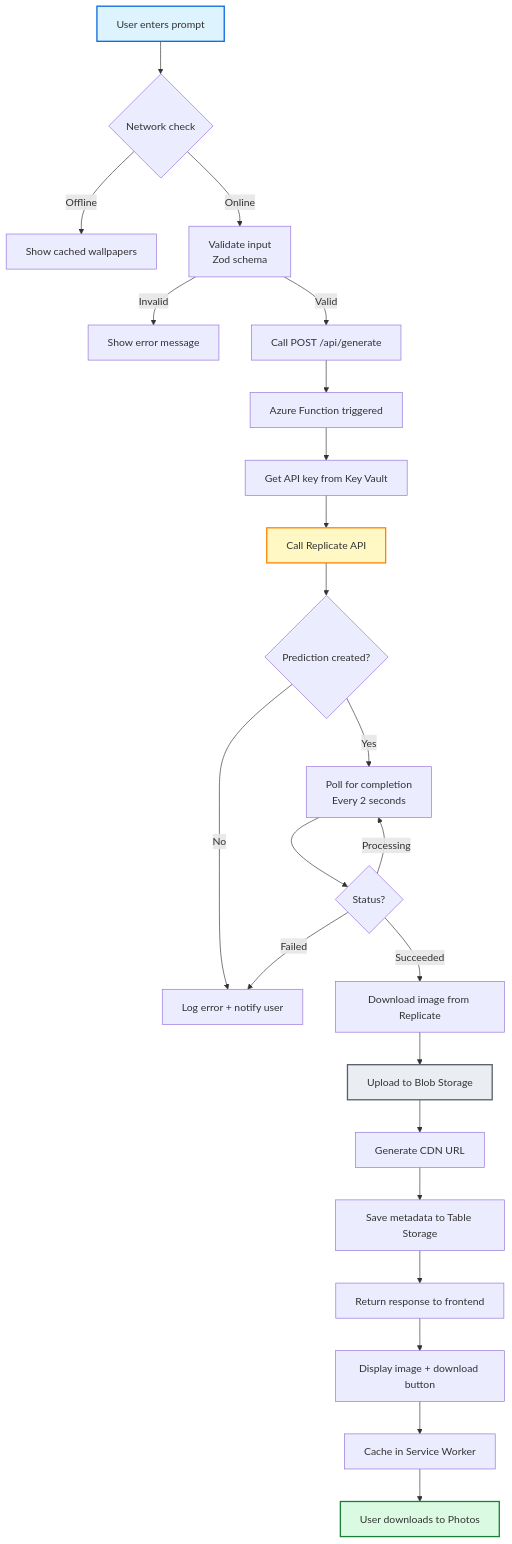
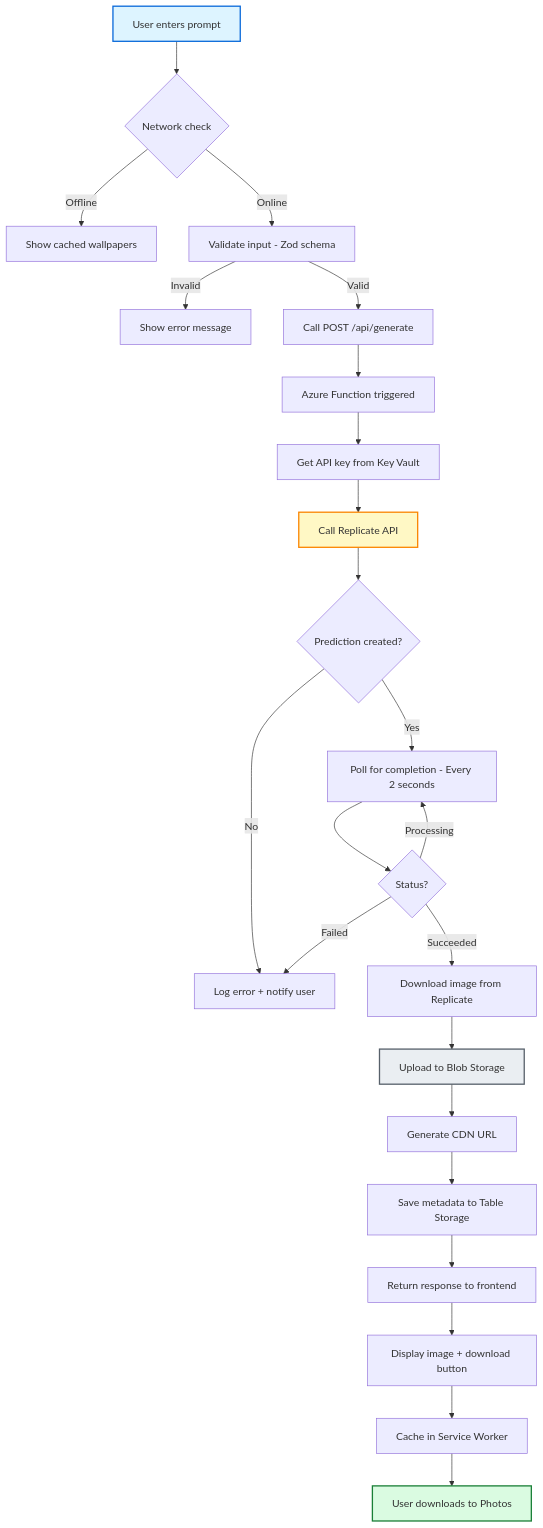
Before and after one commit to fabioc-aloha/ai-wallpaper-generator: the third of 5 diagrams in ARCHITECTURE.md, drawn with Mermaid. The commit also changed other lines of this file, not shown here.

Commit message:
Fix Mermaid syntax: remove HTML <br/> tags from labels

````diff
--- a/ARCHITECTURE.md
+++ b/ARCHITECTURE.md
@@ -529,30 +529,30 @@
 ```mermaid
 flowchart TD
     A[User enters prompt] --> B{Network check}
     B -->|Offline| C[Show cached wallpapers]
-    B -->|Online| D[Validate input<br/>Zod schema]
+    B -->|Online| D[Validate input - Zod schema]
     D -->|Invalid| E[Show error message]
     D -->|Valid| F[Call POST /api/generate]
     F --> G[Azure Function triggered]
     G --> H[Get API key from Key Vault]
     H --> I[Call Replicate API]
     I --> J{Prediction created?}
     J -->|No| K[Log error + notify user]
-    J -->|Yes| L[Poll for completion<br/>Every 2 seconds]
+    J -->|Yes| L[Poll for completion - Every 2 seconds]
     L --> M{Status?}
     M -->|Processing| L
     M -->|Failed| K
     M -->|Succeeded| N[Download image from Replicate]
     N --> O[Upload to Blob Storage]
     O --> P[Generate CDN URL]
     P --> Q[Save metadata to Table Storage]
     Q --> R[Return response to frontend]
     R --> S[Display image + download button]
     S --> T[Cache in Service Worker]
     T --> U[User downloads to Photos]
 
     style A fill:#ddf4ff,stroke:#0969DA,stroke-width:2px
     style I fill:#fff8c5,stroke:#fb8500,stroke-width:2px
     style O fill:#eaeef2,stroke:#57606a,stroke-width:2px
     style U fill:#dafbe1,stroke:#1a7f37,stroke-width:2px
 ```
````
